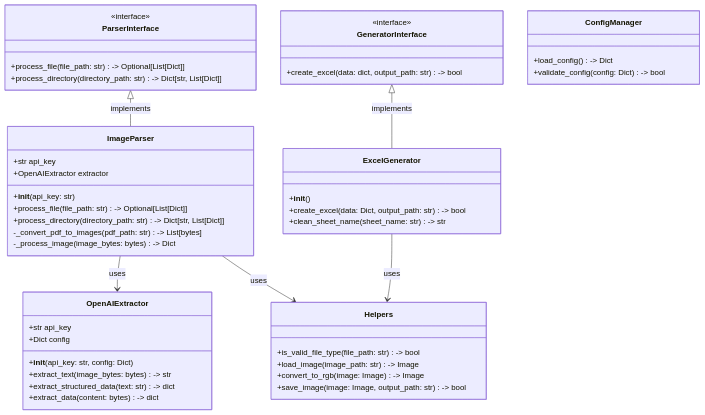
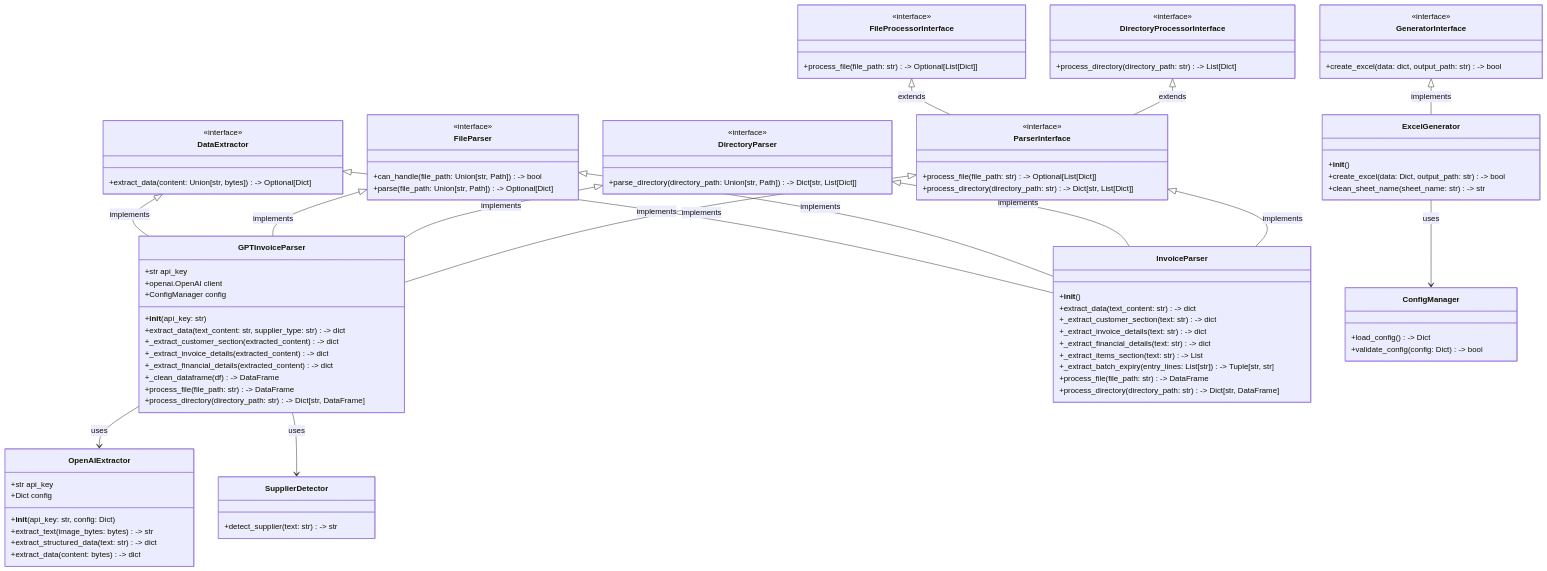
One commit to vallabhallm/image_to_excel changed the first of 2 diagrams in README.md. Above: the diagram before and after it, drawn with Mermaid. The commit also changed other lines of this file and 27 other files, not shown here.

Commit message:
Update README with comprehensive diagrams and documentation; Add script for processing nested invoice directories; Improve test coverage to 89%; Fix parser interfaces with proper SOLID implementation

````diff
--- a/README.md
+++ b/README.md
@@ -57,8 +75,35 @@
 ```mermaid
 classDiagram
+    %% Interface definitions
     class GeneratorInterface {
         <<interface>>
         +create_excel(data: dict, output_path: str) -> bool
+    }
+
+    class FileParser {
+        <<interface>>
+        +can_handle(file_path: Union[str, Path]) -> bool
+        +parse(file_path: Union[str, Path]) -> Optional[Dict]
+    }
+
+    class DirectoryParser {
+        <<interface>>
+        +parse_directory(directory_path: Union[str, Path]) -> Dict[str, List[Dict]]
+    }
+
+    class FileProcessorInterface {
+        <<interface>>
+        +process_file(file_path: str) -> Optional[List[Dict]]
+    }
+
+    class DirectoryProcessorInterface {
+        <<interface>>
+        +process_directory(directory_path: str) -> List[Dict]
+    }
+
+    class DataExtractor {
+        <<interface>>
+        +extract_data(content: Union[str, bytes]) -> Optional[Dict]
     }
 
     class ParserInterface {
@@ -67,14 +112,31 @@
         +process_directory(directory_path: str) -> Dict[str, List[Dict]]
     }
 
-    class ImageParser {
+    %% Concrete implementations
+    class GPTInvoiceParser {
         +str api_key
-        +OpenAIExtractor extractor
+        +openai.OpenAI client
+        +ConfigManager config
         +__init__(api_key: str)
-        +process_file(file_path: str) -> Optional[List[Dict]]
-        +process_directory(directory_path: str) -> Dict[str, List[Dict]]
-        -_convert_pdf_to_images(pdf_path: str) -> List[bytes]
-        -_process_image(image_bytes: bytes) -> Dict
+        +extract_data(text_content: str, supplier_type: str) -> dict
+        +_extract_customer_section(extracted_content) -> dict
+        +_extract_invoice_details(extracted_content) -> dict
+        +_extract_financial_details(extracted_content) -> dict
+        +_clean_dataframe(df) -> DataFrame
+        +process_file(file_path: str) -> DataFrame
+        +process_directory(directory_path: str) -> Dict[str, DataFrame]
+    }
+
+    class InvoiceParser {
+        +__init__()
+        +extract_data(text_content: str) -> dict
+        +_extract_customer_section(text: str) -> dict
+        +_extract_invoice_details(text: str) -> dict
+        +_extract_financial_details(text: str) -> dict
+        +_extract_items_section(text: str) -> List
+        +_extract_batch_expiry(entry_lines: List[str]) -> Tuple[str, str]
+        +process_file(file_path: str) -> DataFrame
+        +process_directory(directory_path: str) -> Dict[str, DataFrame]
     }
 
     class OpenAIExtractor {
@@ -97,16 +159,30 @@
         +validate_config(config: Dict) -> bool
     }
 
-    class Helpers {
-        +is_valid_file_type(file_path: str) -> bool
-        +load_image(image_path: str) -> Image
-        +convert_to_rgb(image: Image) -> Image
-        +save_image(image: Image, output_path: str) -> bool
+    class SupplierDetector {
+        +detect_supplier(text: str) -> str
     }
 
+    %% Relationships
     GeneratorInterface <|-- ExcelGenerator : implements
-    ParserInterface <|-- ImageParser : implements
-    ImageParser --> OpenAIExtractor : uses
-    ImageParser --> Helpers : uses
-    ExcelGenerator --> Helpers : uses
+    
+    DataExtractor <|-- GPTInvoiceParser : implements
+    DataExtractor <|-- InvoiceParser : implements
+    
+    FileParser <|-- GPTInvoiceParser : implements
+    FileParser <|-- InvoiceParser : implements
+    
+    DirectoryParser <|-- GPTInvoiceParser : implements
+    DirectoryParser <|-- InvoiceParser : implements
+    
+    FileProcessorInterface <|-- ParserInterface : extends
+    DirectoryProcessorInterface <|-- ParserInterface : extends
+    
+    ParserInterface <|-- GPTInvoiceParser : implements
+    ParserInterface <|-- InvoiceParser : implements
+    
+    GPTInvoiceParser --> OpenAIExtractor : uses
+    GPTInvoiceParser --> SupplierDetector : uses
+    
+    ExcelGenerator --> ConfigManager : uses
 ```
````
